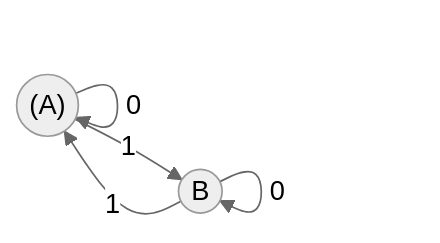
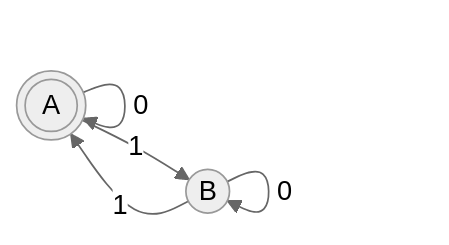
Before and after one commit to James-Ansley/python-fsa: the first of 2 diagrams in README.md, drawn with Mermaid (neutral theme). The commit also changed other lines of this file, not shown here.

````diff
--- a/README.md
+++ b/README.md
@@ -18,8 +18,8 @@
 ```mermaid
 graph LR
-    A(("(A)")) & B((B))
+    A(((A))) & B((B))
     A -->|0| A
     A -->|1| B
     B -->|0| B
     B -->|1| A
 ```
````
